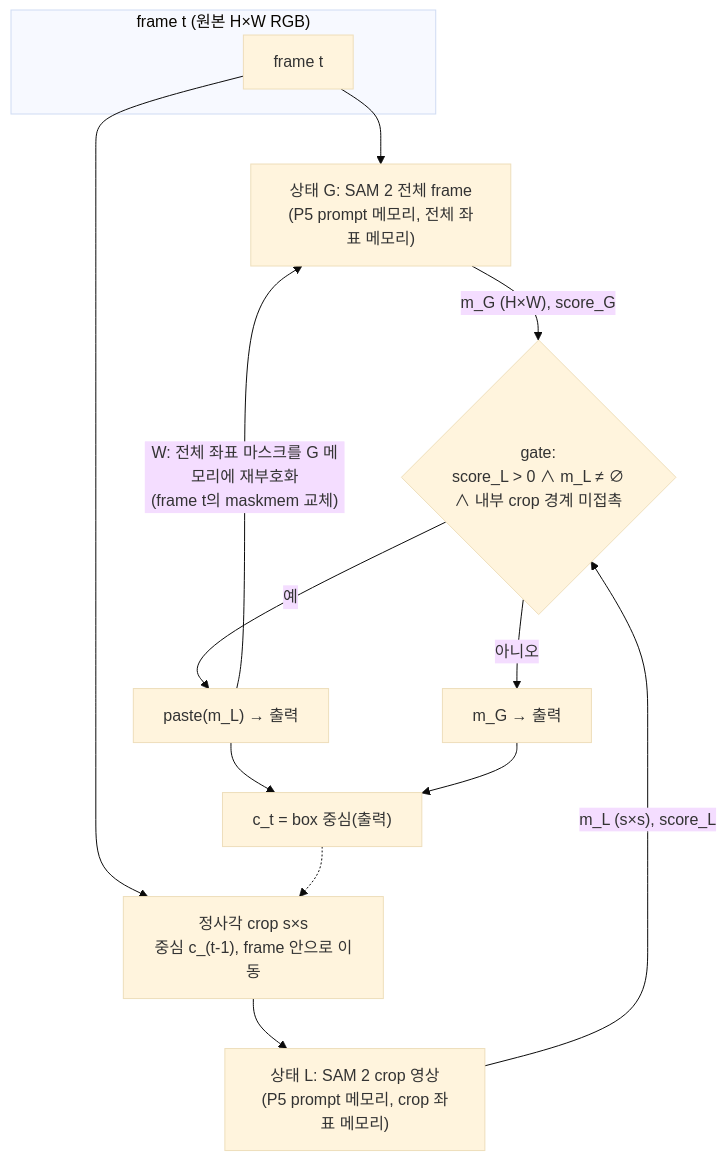
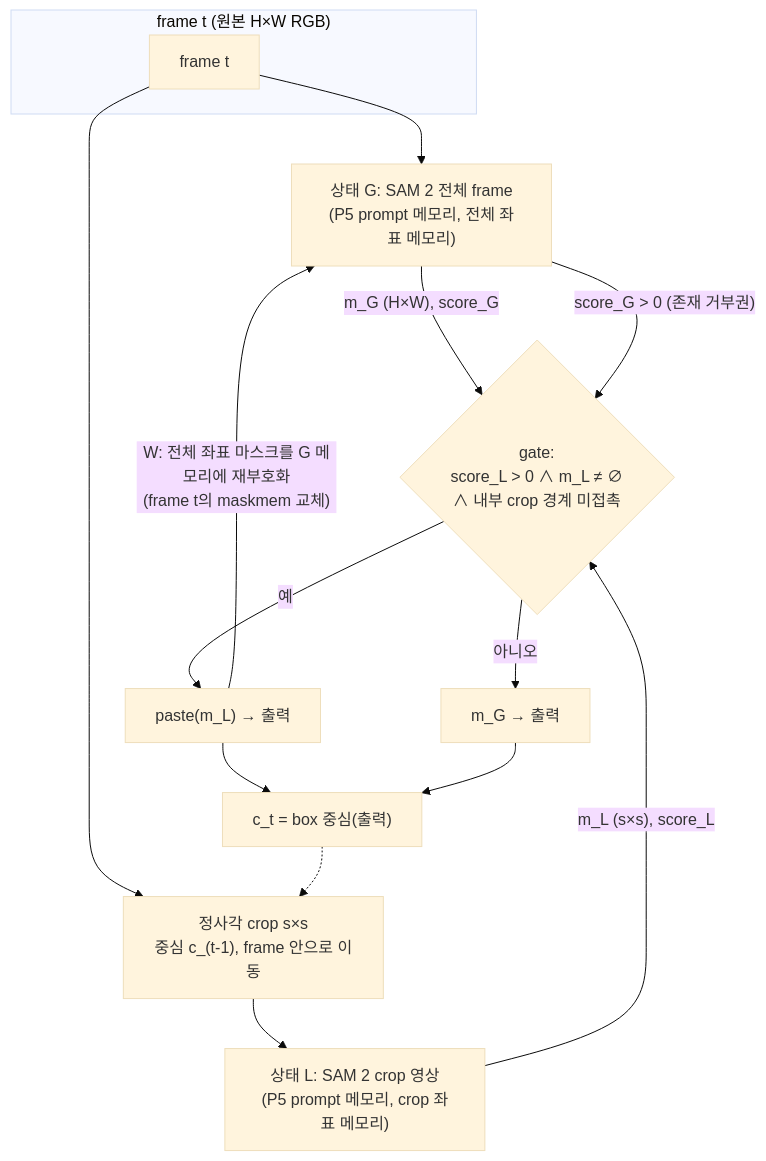
Before and after one commit to msilot1001/sam2: the diagram in docs/m61/FINAL_ALGORITHM_SPEC.md, drawn with Mermaid (base theme). The commit also changed other lines of this file and 517 other files, not shown here.

````diff
--- a/docs/m61/FINAL_ALGORITHM_SPEC.md
+++ b/docs/m61/FINAL_ALGORITHM_SPEC.md
@@ -17,17 +22,18 @@
 ```mermaid
 flowchart TB
   subgraph t["frame t (원본 H×W RGB)"]
     F[frame t]
   end
   F --> G["상태 G: SAM 2 전체 frame<br/>(P5 prompt 메모리, 전체 좌표 메모리)"]
   F --> C["정사각 crop s×s<br/>중심 c_(t-1), frame 안으로 이동"]
   C --> L["상태 L: SAM 2 crop 영상<br/>(P5 prompt 메모리, crop 좌표 메모리)"]
   G -->|"m_G (H×W), score_G"| S{"gate:<br/>score_L > 0 ∧ m_L ≠ ∅<br/>∧ 내부 crop 경계 미접촉"}
   L -->|"m_L (s×s), score_L"| S
+  G -->|"score_G > 0 (존재 거부권)"| S
   S -->|예| P["paste(m_L) → 출력"]
   S -->|아니오| Q["m_G → 출력"]
   P -->|"W: 전체 좌표 마스크를 G 메모리에 재부호화<br/>(frame t의 maskmem 교체)"| G
   P --> U["c_t = box 중심(출력)"]
   Q --> U
   U -.-> C
 ```
````
